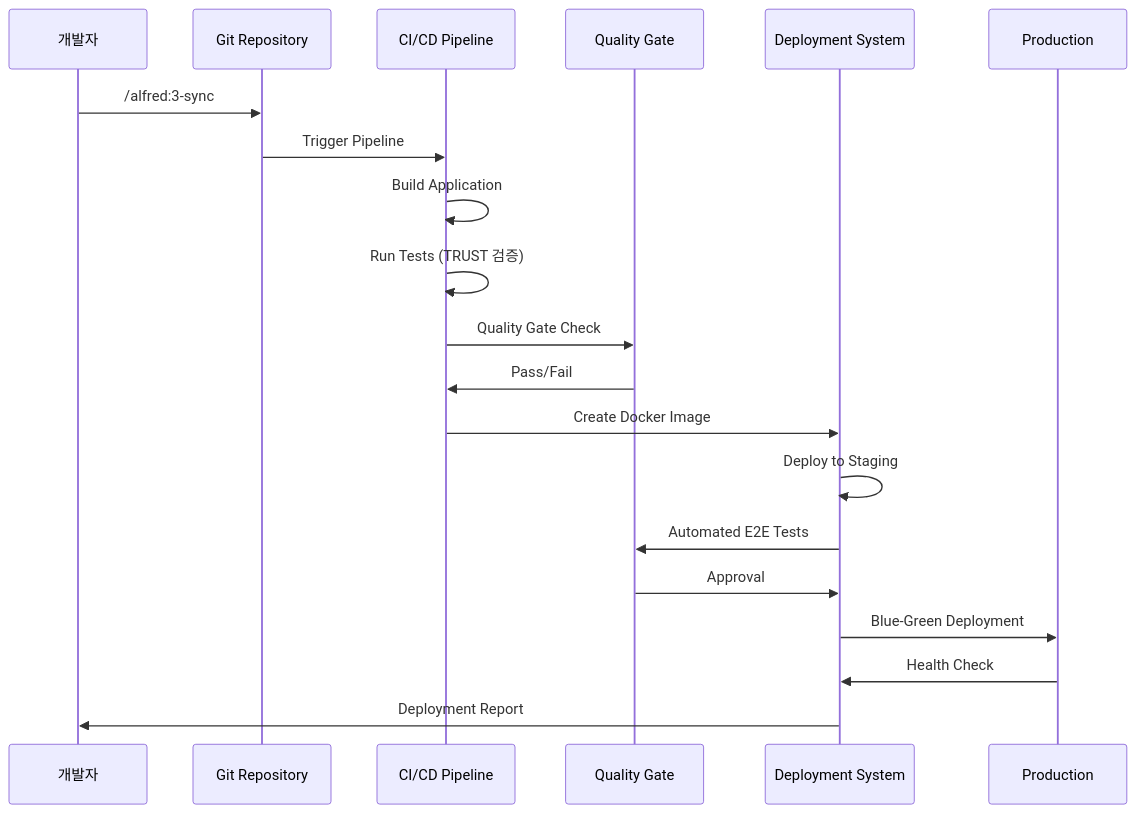
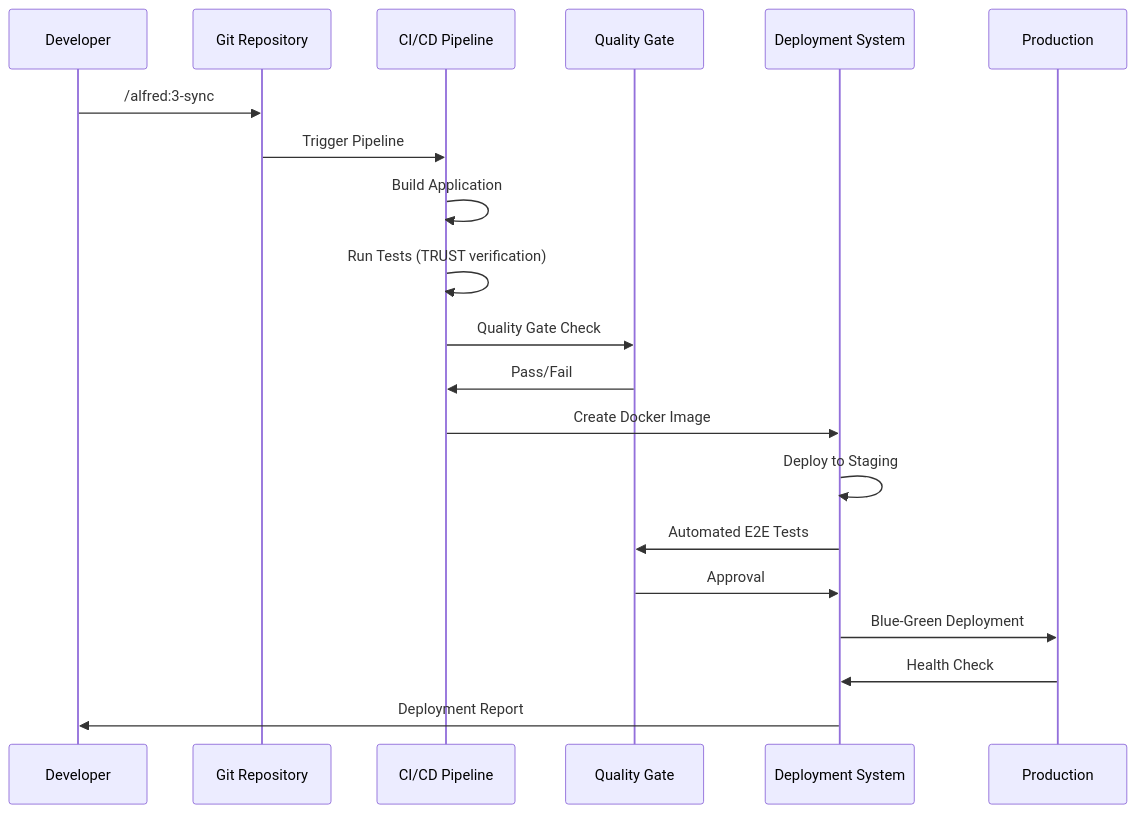
One commit to modu-ai/moai-adk changed the second of 2 diagrams in docs/src/en/guides/project/deploy.md. Above: the diagram before and after it, drawn with Mermaid. The commit also changed other lines of this file and 89 other files, not shown here.

````diff
--- a/docs/src/en/guides/project/deploy.md
+++ b/docs/src/en/guides/project/deploy.md
@@ -68,23 +66,23 @@
 ```mermaid
 sequenceDiagram
-    participant Dev as 개발자
+    participant Dev as Developer
     participant Git as Git Repository
     participant CI as CI/CD Pipeline
     participant QA as Quality Gate
     participant Deploy as Deployment System
     participant Prod as Production
 
     Dev->>Git: /alfred:3-sync
     Git->>CI: Trigger Pipeline
     CI->>CI: Build Application
-    CI->>CI: Run Tests (TRUST 검증)
+    CI->>CI: Run Tests (TRUST verification)
     CI->>QA: Quality Gate Check
     QA->>CI: Pass/Fail
     CI->>Deploy: Create Docker Image
     Deploy->>Deploy: Deploy to Staging
     Deploy->>QA: Automated E2E Tests
     QA->>Deploy: Approval
     Deploy->>Prod: Blue-Green Deployment
     Prod->>Deploy: Health Check
     Deploy->>Dev: Deployment Report
 ```
````
